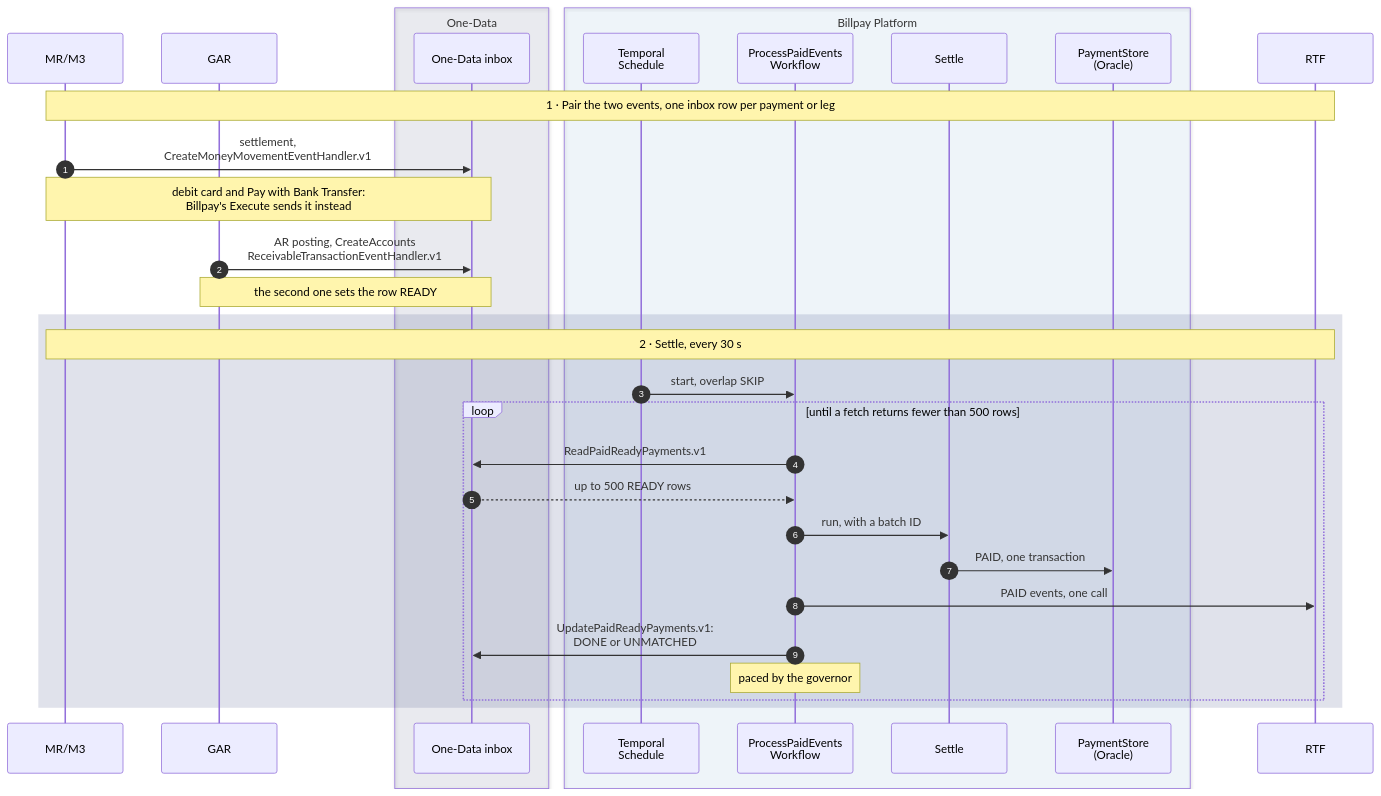
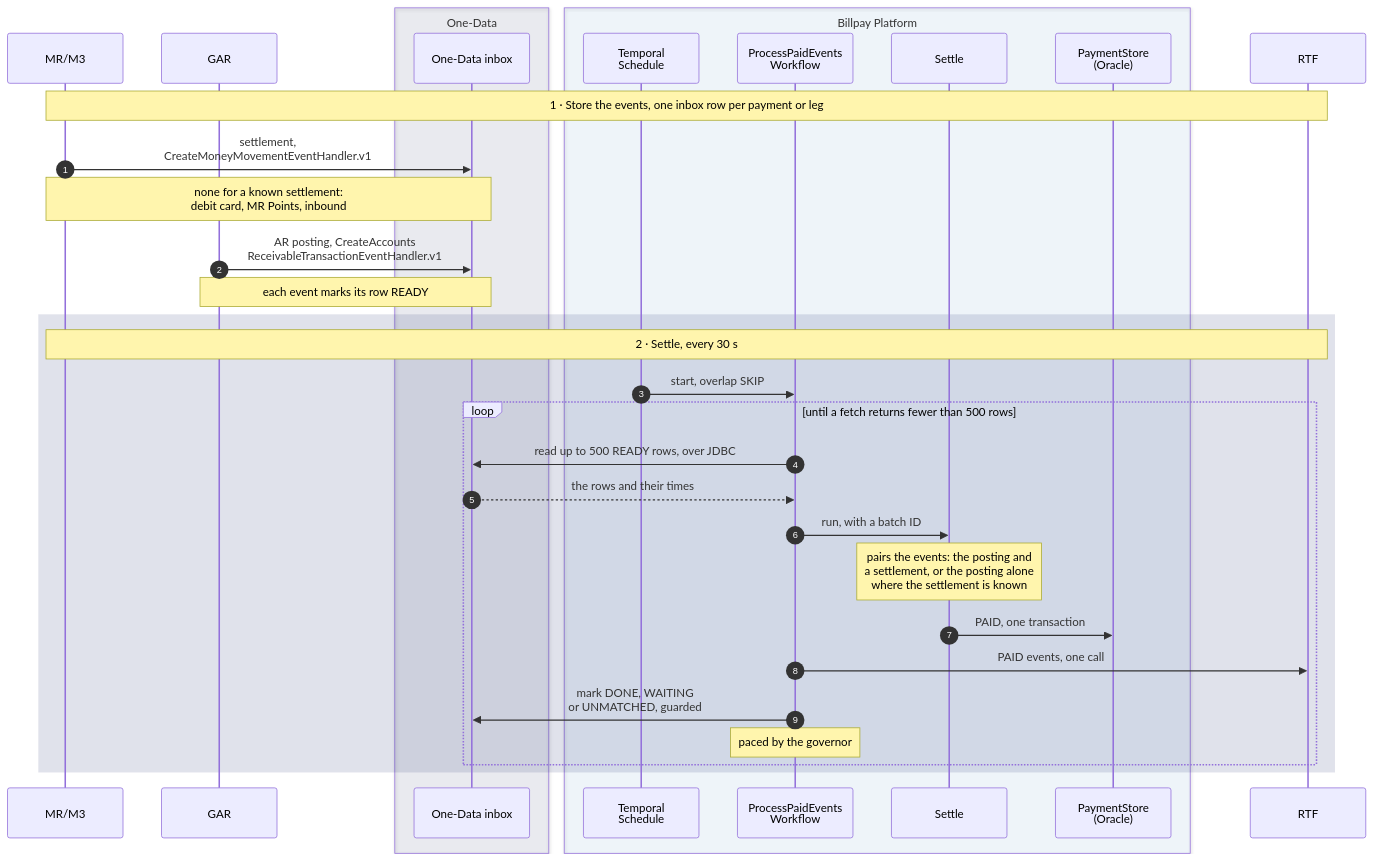
The tenth of 16 diagrams in website/docs/design/sequence-diagrams.md (arunav-bhattacharya/billpay-book), drawn with Mermaid before and after one commit. The commit also changed other lines of this file and 41 other files, not shown here.

First line of the commit message:
Build decisions of 2026-11-24: Billpay pairs PAID, JDBC inbox, known settlements

````diff
--- a/website/docs/design/sequence-diagrams.md
+++ b/website/docs/design/sequence-diagrams.md
@@ -560,48 +560,49 @@
 ```mermaid
 ---
 config:
   fontFamily: "BentonSansUI, Helvetica, Arial, sans-serif"
   fontSize: 15
 ---
 sequenceDiagram
   %% Pink arrows: something outside starts or resumes the payment.
   %% trigger: settlement
   %% trigger: AR posting
   autonumber
 
   participant MM as MR/M3
   participant GAR
 
   box rgba(0,23,90,0.07) One-Data
     participant IN as One-Data inbox
   end
 
   box rgba(0,111,207,0.05) Billpay Platform
     participant SCH as Temporal<br/>Schedule
     participant WF as ProcessPaidEvents<br/>Workflow
     participant SET as Settle
     participant PS as PaymentStore<br/>(Oracle)
   end
 
   participant RTF
 
-  Note over MM,RTF: 1 · Pair the two events, one inbox row per payment or leg
+  Note over MM,RTF: 1 · Store the events, one inbox row per payment or leg
   MM->>IN: settlement,<br/>CreateMoneyMovementEventHandler.v1
-  Note over MM,IN: debit card and Pay with Bank Transfer:<br/>Billpay's Execute sends it instead
+  Note over MM,IN: none for a known settlement:<br/>debit card, MR Points, inbound
   GAR->>IN: AR posting, CreateAccounts<br/>ReceivableTransactionEventHandler.v1
-  Note over GAR,IN: the second one sets the row READY
+  Note over GAR,IN: each event marks its row READY
 
   rect rgba(0,23,90,0.12)
     Note over MM,RTF: 2 · Settle, every 30 s
     SCH->>WF: start, overlap SKIP
     loop until a fetch returns fewer than 500 rows
-      WF->>IN: ReadPaidReadyPayments.v1
-      IN-->>WF: up to 500 READY rows
+      WF->>IN: read up to 500 READY rows, over JDBC
+      IN-->>WF: the rows and their times
       WF->>SET: run, with a batch ID
+      Note over SET: pairs the events: the posting and<br/>a settlement, or the posting alone<br/>where the settlement is known
       SET->>PS: PAID, one transaction
       WF->>RTF: PAID events, one call
-      WF->>IN: UpdatePaidReadyPayments.v1:<br/>DONE or UNMATCHED
+      WF->>IN: mark DONE, WAITING<br/>or UNMATCHED, guarded
       Note over WF: paced by the governor
     end
   end
 ```
````
